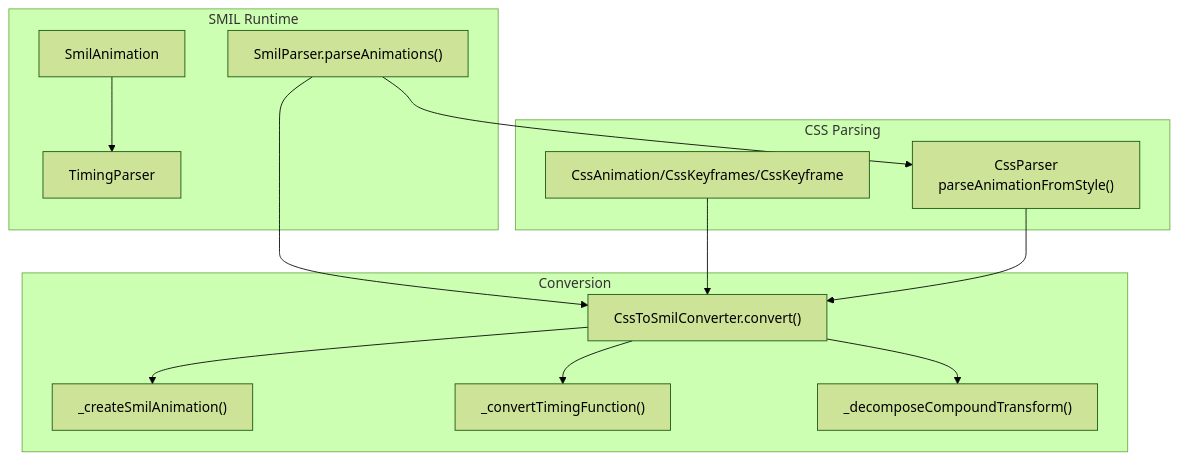
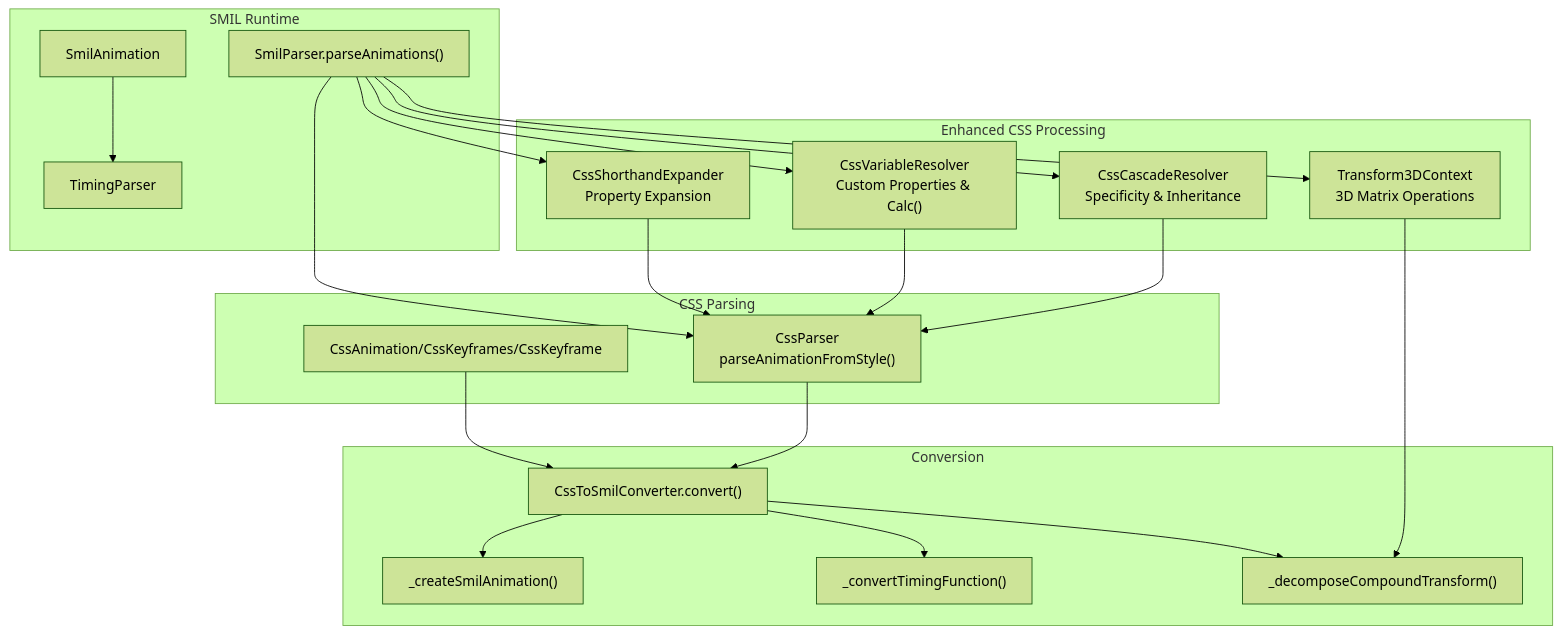
Before and after one commit to denisnadey/flutter_full_svg_support: the first of 7 diagrams in .qoder/repowiki/en/content/Animated SVG Support/CSS Animation Conversion.md, drawn with Mermaid (forest theme). The commit also changed other lines of this file and 39 other files, not shown here.

First line of the commit message:
feat(animation): add advanced CSS processing and 3D transform support

````diff
--- a/.qoder/repowiki/en/content/Animated SVG Support/CSS Animation Conversion.md
+++ b/.qoder/repowiki/en/content/Animated SVG Support/CSS Animation Conversion.md
@@ -40,26 +58,39 @@
 ```mermaid
 graph TB
+subgraph "Enhanced CSS Processing"
+CS["CssCascadeResolver<br/>Specificity & Inheritance"]
+CV["CssVariableResolver<br/>Custom Properties & Calc()"]
+CE["CssShorthandExpander<br/>Property Expansion"]
+T3D["Transform3DContext<br/>3D Matrix Operations"]
+end
 subgraph "CSS Parsing"
 CP["CssParser<br/>parseAnimationFromStyle()"]
 CM["CssAnimation/CssKeyframes/CssKeyframe"]
 end
 subgraph "Conversion"
 CTS["CssToSmilConverter.convert()"]
 CTCore["_createSmilAnimation()"]
 CTTim["_convertTimingFunction()"]
 CTDec["_decomposeCompoundTransform()"]
 end
 subgraph "SMIL Runtime"
 SP["SmilParser.parseAnimations()"]
 SA["SmilAnimation"]
 TP["TimingParser"]
 end
+CS --> CP
+CV --> CP
+CE --> CP
+T3D --> CTDec
 CP --> CTS
 CM --> CTS
 CTS --> CTCore
 CTS --> CTTim
 CTS --> CTDec
 SP --> CP
-SP --> CTS
+SP --> CS
+SP --> CV
+SP --> CE
+SP --> T3D
 SA --> TP
 ```
````
